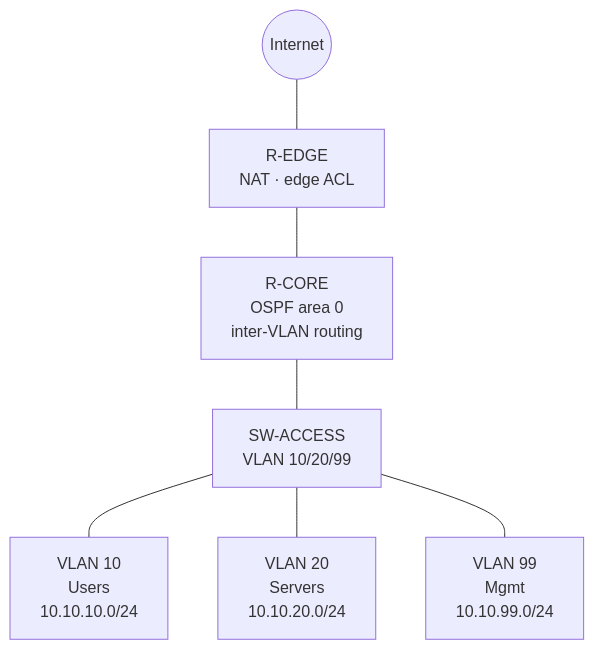
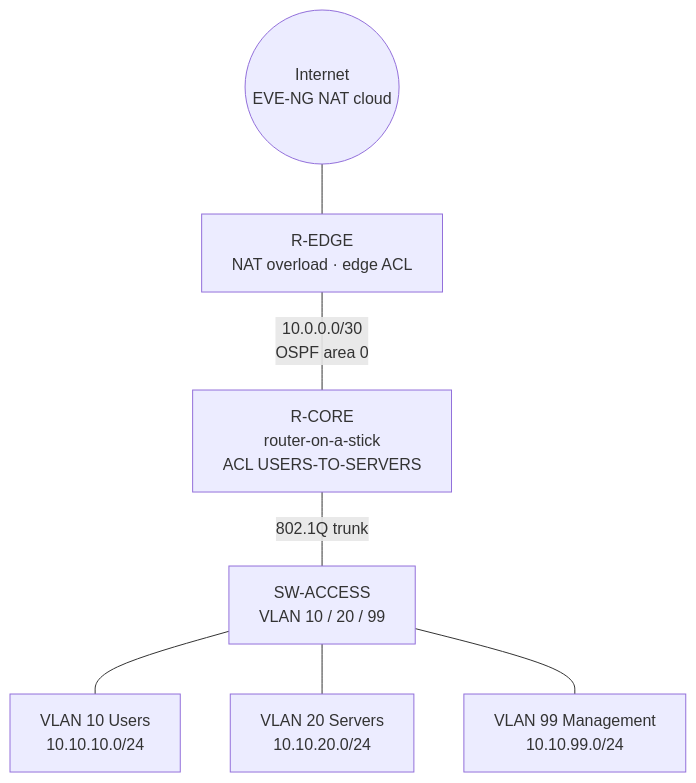
One commit to Yassine-ElJide/network-lab-eve-ng changed the diagram in README.md. Above: the diagram before and after it, drawn with Mermaid. The commit also changed other lines of this file and 3 other files, not shown here.

````diff
--- a/README.md
+++ b/README.md
@@ -7,9 +25,9 @@
 ```mermaid
 flowchart TB
-  INET((Internet)) --- EDGE[R-EDGE<br>NAT · edge ACL]
-  EDGE --- CORE[R-CORE<br>OSPF area 0<br>inter-VLAN routing]
-  CORE --- SW[SW-ACCESS<br>VLAN 10/20/99]
-  SW --- V10[VLAN 10<br>Users<br>10.10.10.0/24]
-  SW --- V20[VLAN 20<br>Servers<br>10.10.20.0/24]
-  SW --- V99[VLAN 99<br>Mgmt<br>10.10.99.0/24]
+  INET((Internet<br>EVE-NG NAT cloud)) --- EDGE[R-EDGE<br>NAT overload · edge ACL]
+  EDGE ---|10.0.0.0/30<br>OSPF area 0| CORE[R-CORE<br>router-on-a-stick<br>ACL USERS-TO-SERVERS]
+  CORE ---|802.1Q trunk| SW[SW-ACCESS<br>VLAN 10 / 20 / 99]
+  SW --- V10[VLAN 10 Users<br>10.10.10.0/24]
+  SW --- V20[VLAN 20 Servers<br>10.10.20.0/24]
+  SW --- V99[VLAN 99 Management<br>10.10.99.0/24]
 ```
````
